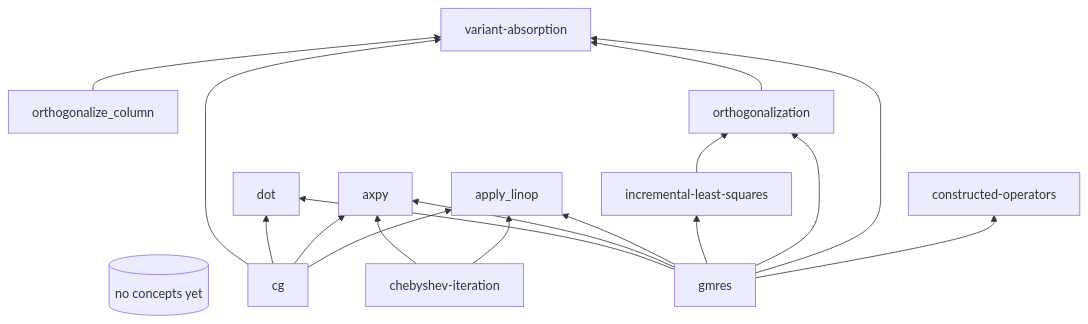
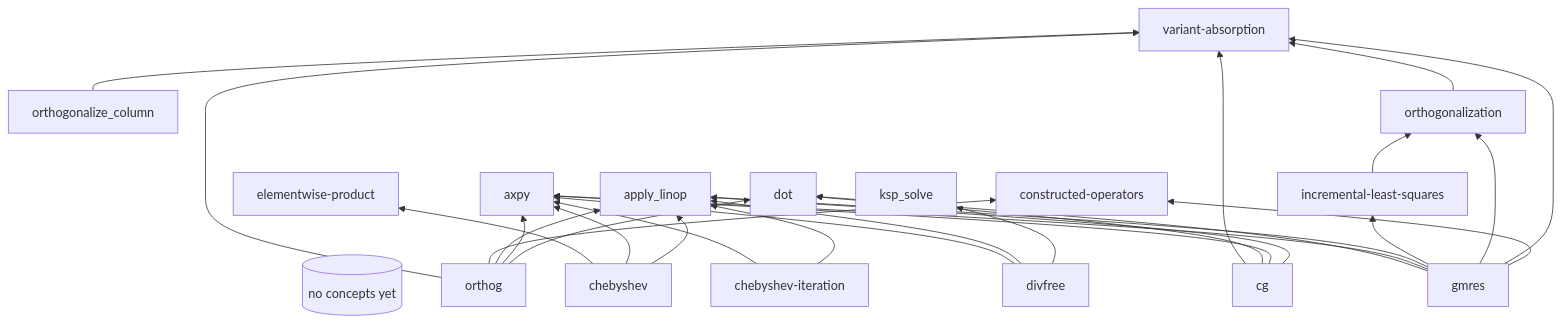
Before and after one commit to crutcher/palace_whiteroom: the third of 6 diagrams in book/src/concepts/dependency-map.md, drawn with Mermaid. The commit also changed 4 other files, not shown here.

Commit message:
cycle: sideways orthog,divfree,chebyshev → revise

````diff
--- a/book/src/concepts/dependency-map.md
+++ b/book/src/concepts/dependency-map.md
@@ -112,21 +112,32 @@
 ```mermaid
 graph BT
   %% Empty — populate as concepts are extracted.
   placeholder[(no concepts yet)]
   orthogonalize_column --> variant-absorption
   gmres --> constructed-operators
   gmres --> variant-absorption
   gmres --> orthogonalization
   gmres --> incremental-least-squares
   incremental-least-squares --> orthogonalization
   gmres --> apply_linop
   orthogonalization --> variant-absorption
   chebyshev-iteration --> apply_linop
   chebyshev-iteration --> axpy
   cg --> apply_linop
   cg --> axpy
   cg --> dot
   cg --> variant-absorption
   gmres --> axpy
   gmres --> dot
+  orthog --> dot
+  orthog --> axpy
+  orthog --> apply_linop
+  orthog --> constructed-operators
+  orthog --> variant-absorption
+  divfree --> ksp_solve
+  divfree --> apply_linop
+  divfree --> axpy
+  chebyshev --> apply_linop
+  chebyshev --> axpy
+  chebyshev --> elementwise-product
 ```
````
